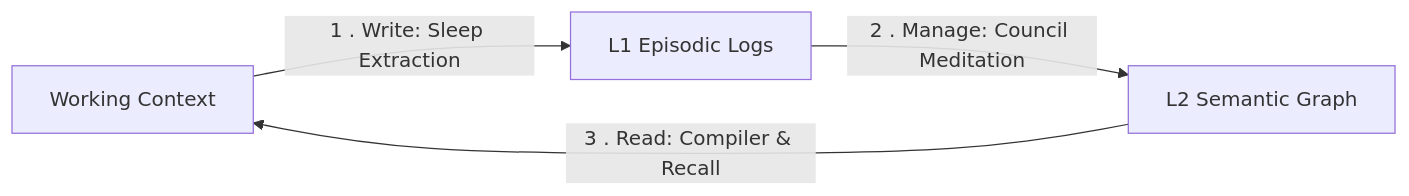
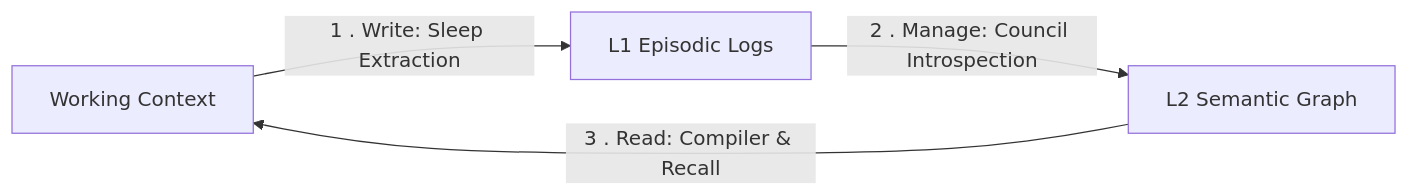
Before and after one commit to erivlis/tur: the diagram in docs/concepts/memory-landscape.md, drawn with Mermaid. The commit also changed other lines of this file, not shown here.

Commit message:
docs: Renames memory compaction phase to introspection; adds Locomo-Plus.

````diff
--- a/docs/concepts/memory-landscape.md
+++ b/docs/concepts/memory-landscape.md
@@ -232,6 +232,6 @@
 ```mermaid
 flowchart LR
     ShortTerm["Working Context"] -->|1 . Write: Sleep Extraction| L1["L1 Episodic Logs"]
-    L1 -->|2 . Manage: Council Meditation| L2["L2 Semantic Graph"]
+    L1 -->|2 . Manage: Council Introspection| L2["L2 Semantic Graph"]
     L2 -->|3 . Read: Compiler & Recall| ShortTerm
 ```
````
